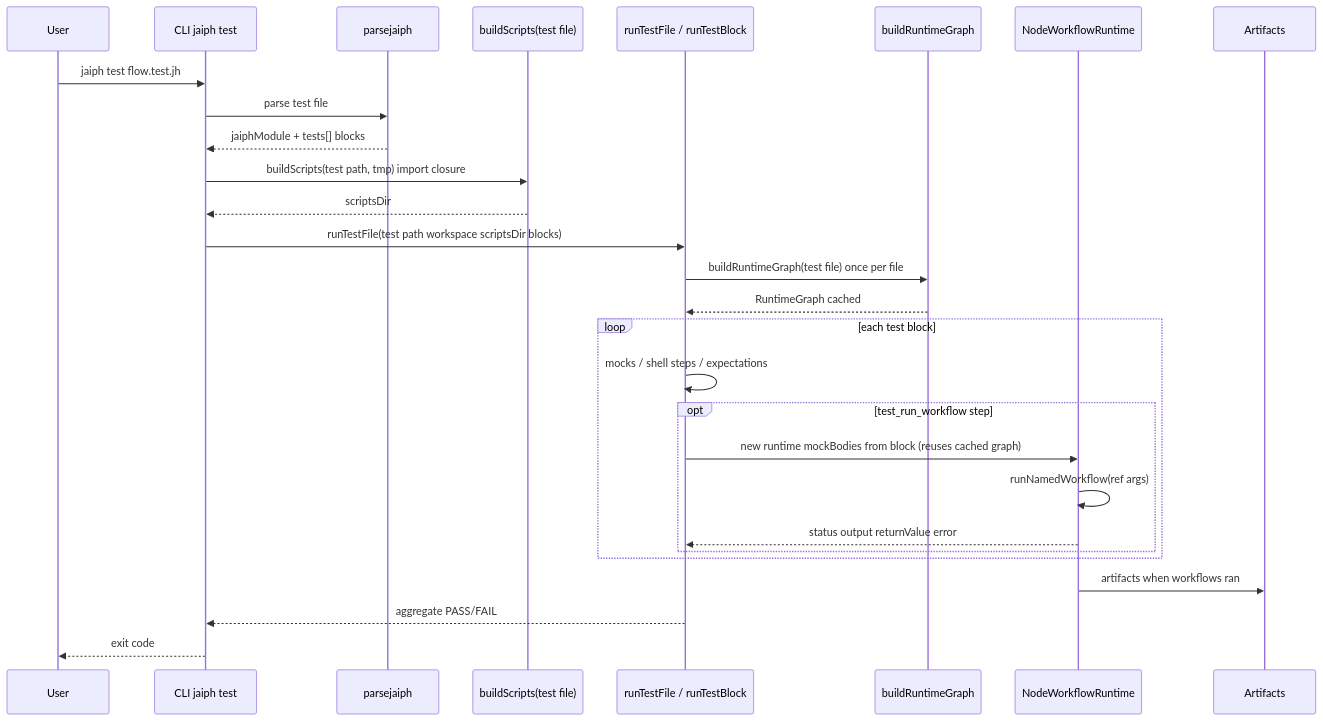
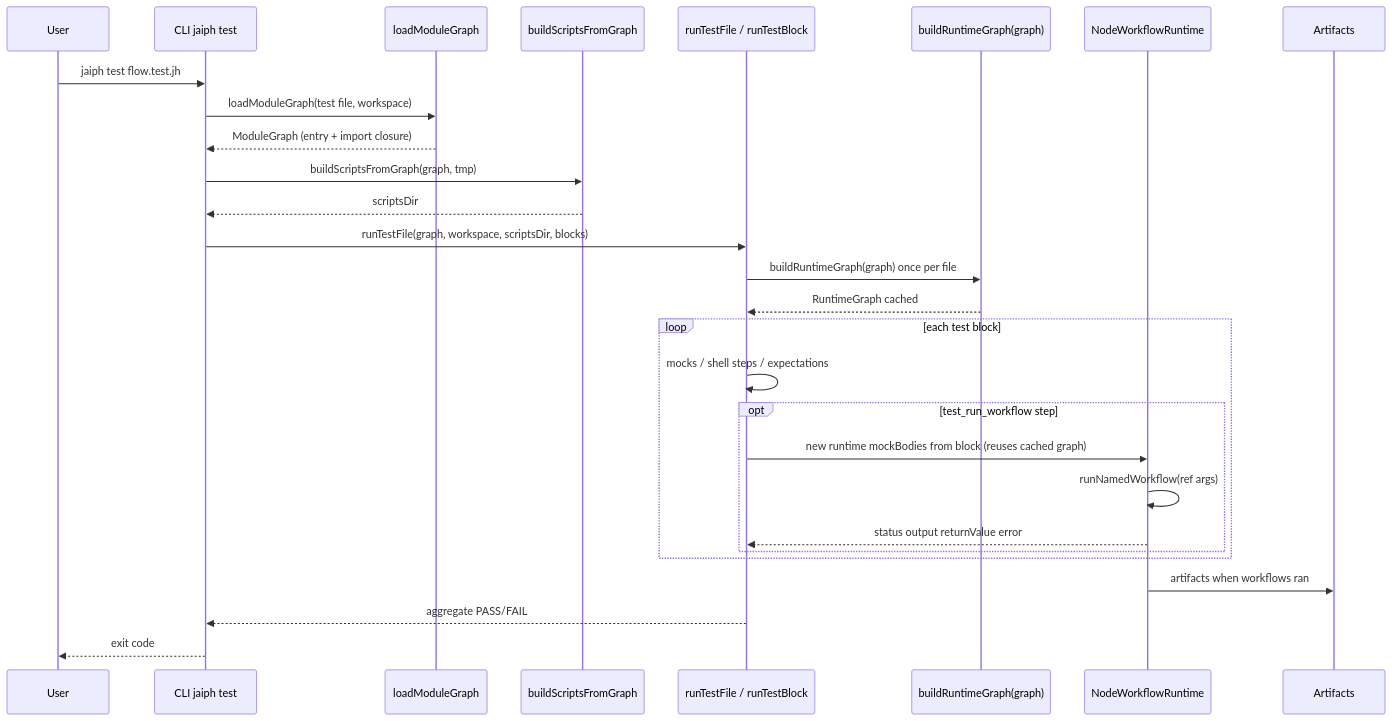
Before and after one commit to jaiphlang/jaiph: the third of 3 diagrams in docs/architecture.md, drawn with Mermaid. The commit also changed other lines of this file and 25 other files, not shown here.

First line of the commit message:
Refactor: promote CompilePrep to ModuleGraph with I/O-pure pipeline

````diff
--- a/docs/architecture.md
+++ b/docs/architecture.md
@@ -264,31 +264,31 @@
 ```mermaid
 sequenceDiagram
     participant User
     participant CLI as CLI jaiph test
-    participant Parser as parsejaiph
-    participant Prep as buildScripts(test file)
+    participant Load as loadModuleGraph
+    participant Prep as buildScriptsFromGraph
     participant TestRunner as runTestFile / runTestBlock
-    participant Graph as buildRuntimeGraph
+    participant Graph as buildRuntimeGraph(graph)
     participant Runtime as NodeWorkflowRuntime
     participant Report as Artifacts
 
     User->>CLI: jaiph test flow.test.jh
-    CLI->>Parser: parse test file
-    Parser-->>CLI: jaiphModule + tests[] blocks
-    CLI->>Prep: buildScripts(test path, tmp) import closure
+    CLI->>Load: loadModuleGraph(test file, workspace)
+    Load-->>CLI: ModuleGraph (entry + import closure)
+    CLI->>Prep: buildScriptsFromGraph(graph, tmp)
     Prep-->>CLI: scriptsDir
-    CLI->>TestRunner: runTestFile(test path workspace scriptsDir blocks)
-    TestRunner->>Graph: buildRuntimeGraph(test file) once per file
+    CLI->>TestRunner: runTestFile(graph, workspace, scriptsDir, blocks)
+    TestRunner->>Graph: buildRuntimeGraph(graph) once per file
     Graph-->>TestRunner: RuntimeGraph cached
     loop each test block
         TestRunner->>TestRunner: mocks / shell steps / expectations
         opt test_run_workflow step
             TestRunner->>Runtime: new runtime mockBodies from block (reuses cached graph)
             Runtime->>Runtime: runNamedWorkflow(ref args)
             Runtime-->>TestRunner: status output returnValue error
         end
     end
     Runtime->>Report: artifacts when workflows ran
     TestRunner-->>CLI: aggregate PASS/FAIL
     CLI-->>User: exit code
 ```
````
